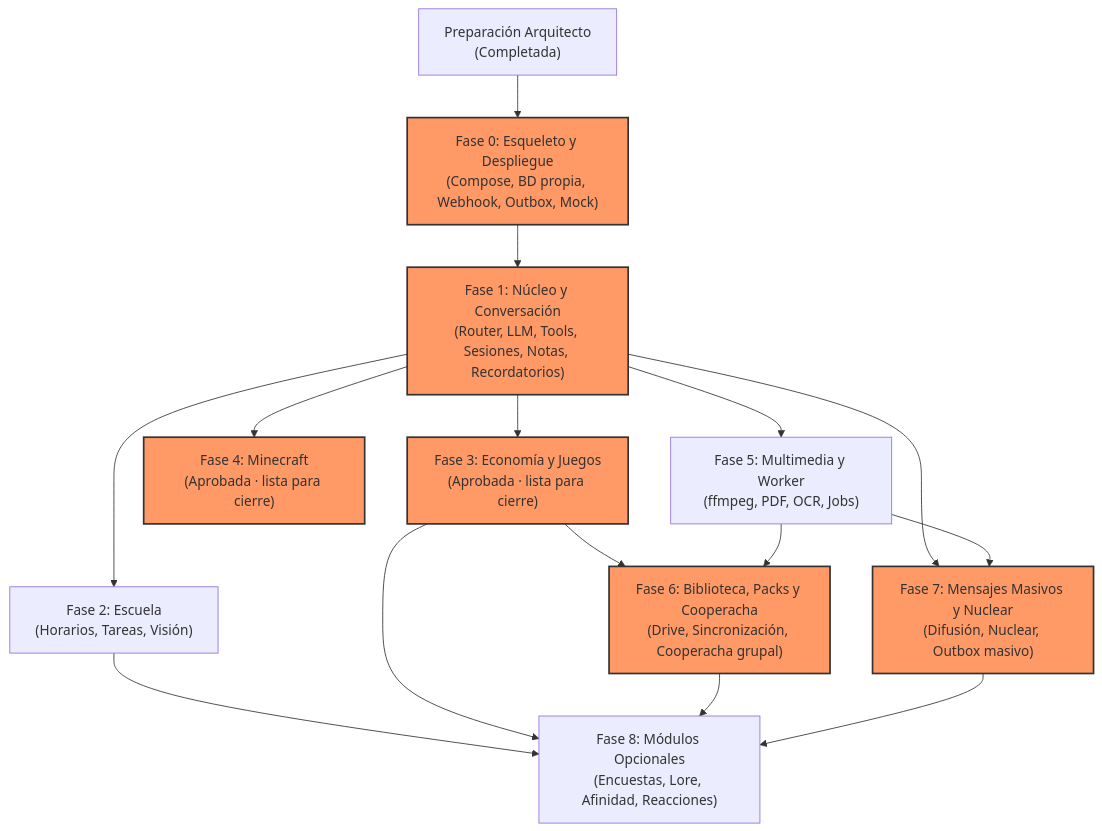
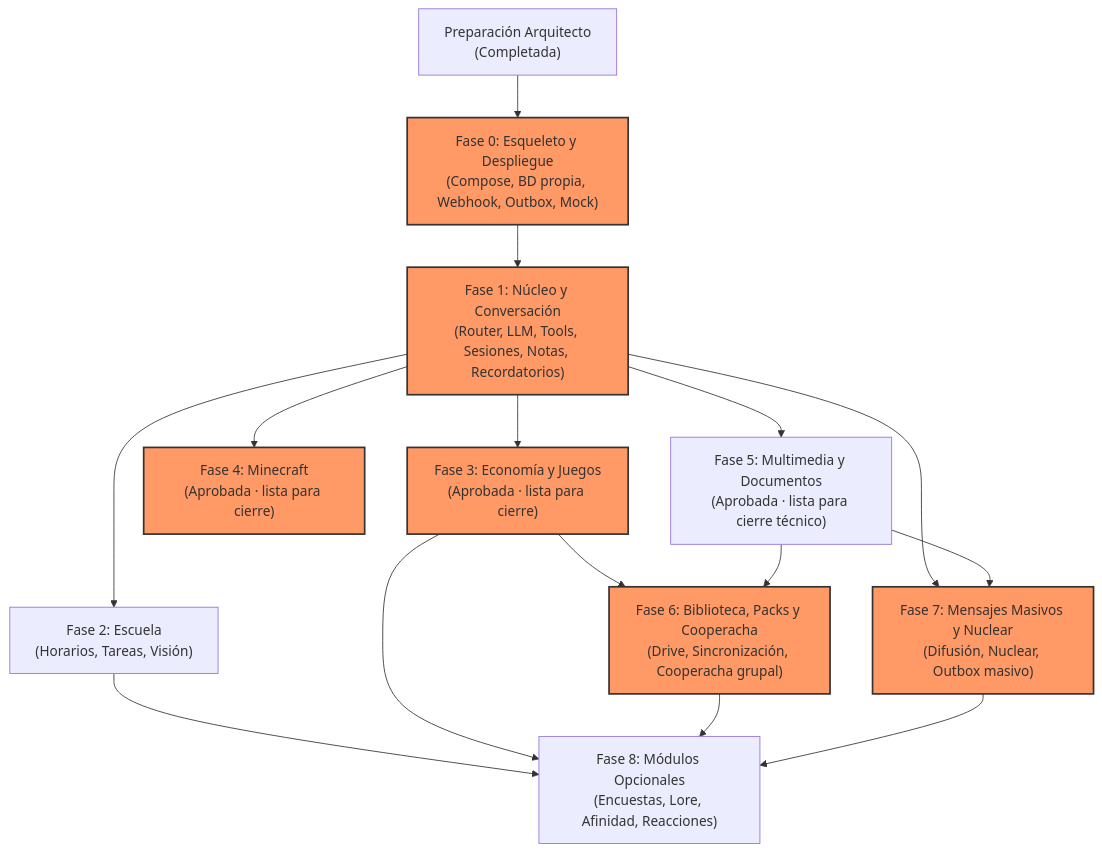
One commit to Yzy-zu/Botskyp changed the diagram in docs/ROADMAP.md. Above: the diagram before and after it, drawn with Mermaid. The commit also changed other lines of this file and 40 other files, not shown here.

````diff
--- a/docs/ROADMAP.md
+++ b/docs/ROADMAP.md
@@ -14,24 +14,24 @@
 ```mermaid
 flowchart TD
     prep["Preparación Arquitecto<br/>(Completada)"] --> f0["Fase 0: Esqueleto y Despliegue<br/>(Compose, BD propia, Webhook, Outbox, Mock)"]
     f0 --> f1["Fase 1: Núcleo y Conversación<br/>(Router, LLM, Tools, Sesiones, Notas, Recordatorios)"]
     
     f1 --> f2["Fase 2: Escuela<br/>(Horarios, Tareas, Visión)"]
     f1 --> f3["Fase 3: Economía y Juegos<br/>(Aprobada · lista para cierre)"]
     f1 --> f4["Fase 4: Minecraft<br/>(Aprobada · lista para cierre)"]
-    f1 --> f5["Fase 5: Multimedia y Worker<br/>(ffmpeg, PDF, OCR, Jobs)"]
+    f1 --> f5["Fase 5: Multimedia y Documentos<br/>(Aprobada · lista para cierre técnico)"]
     
     f3 --> f6["Fase 6: Biblioteca, Packs y Cooperacha<br/>(Drive, Sincronización, Cooperacha grupal)"]
     f5 --> f6
     
     f1 --> f7["Fase 7: Mensajes Masivos y Nuclear<br/>(Difusión, Nuclear, Outbox masivo)"]
     f5 --> f7
     
     f2 --> f8["Fase 8: Módulos Opcionales<br/>(Encuestas, Lore, Afinidad, Reacciones)"]
     f3 --> f8
     f6 --> f8
     f7 --> f8
 
     classDef critical fill:#f96,stroke:#333,stroke-width:2px;
     class f0,f1,f3,f4,f6,f7 critical;
 ```
````
